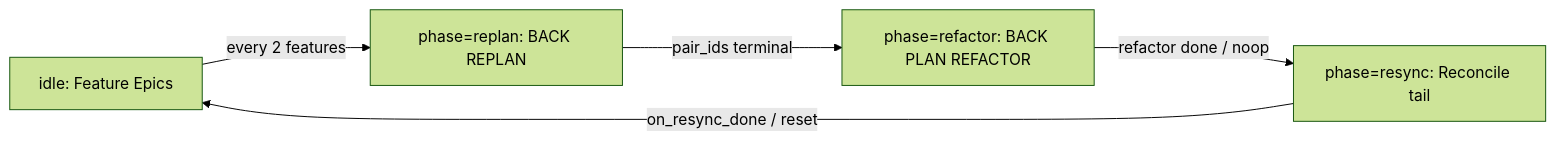
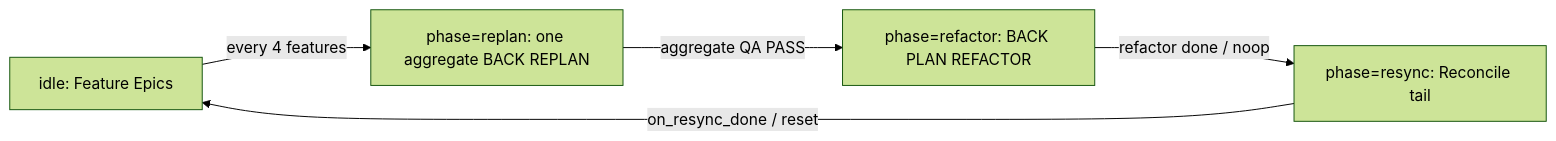
One commit to aeroalgo/dev-hub changed the second of 2 diagrams in loop/README.md. Above: the diagram before and after it, drawn with Mermaid (forest theme). The commit also changed other lines of this file and 70 other files, not shown here.

````diff
--- a/loop/README.md
+++ b/loop/README.md
@@ -204,7 +204,7 @@
 ```mermaid
 graph LR
-    Idle[idle: Feature Epics] -->|every 2 features| Replan[phase=replan: BACK REPLAN]
-    Replan -->|pair_ids terminal| Refactor[phase=refactor: BACK PLAN REFACTOR]
+    Idle[idle: Feature Epics] -->|every 4 features| Replan[phase=replan: one aggregate BACK REPLAN]
+    Replan -->|aggregate QA PASS| Refactor[phase=refactor: BACK PLAN REFACTOR]
     Refactor -->|refactor done / noop| Resync[phase=resync: Reconcile tail]
     Resync -->|on_resync_done / reset| Idle
 ```
````
